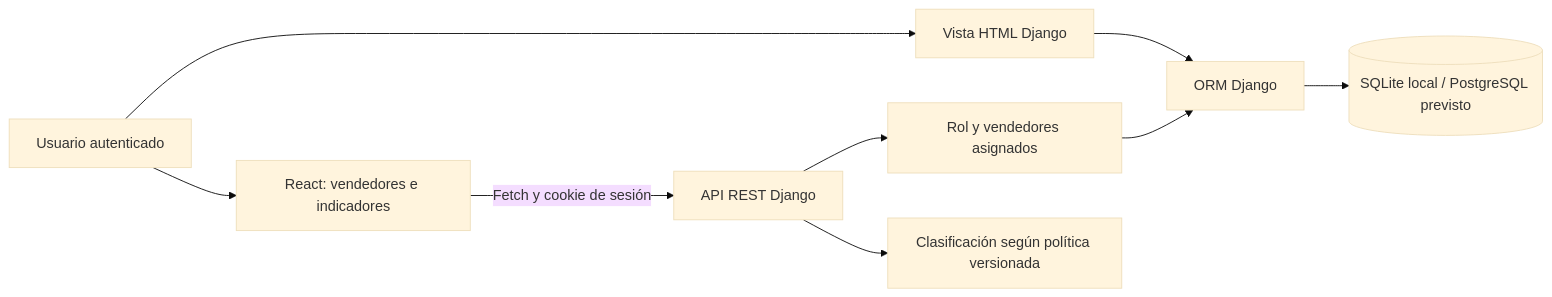
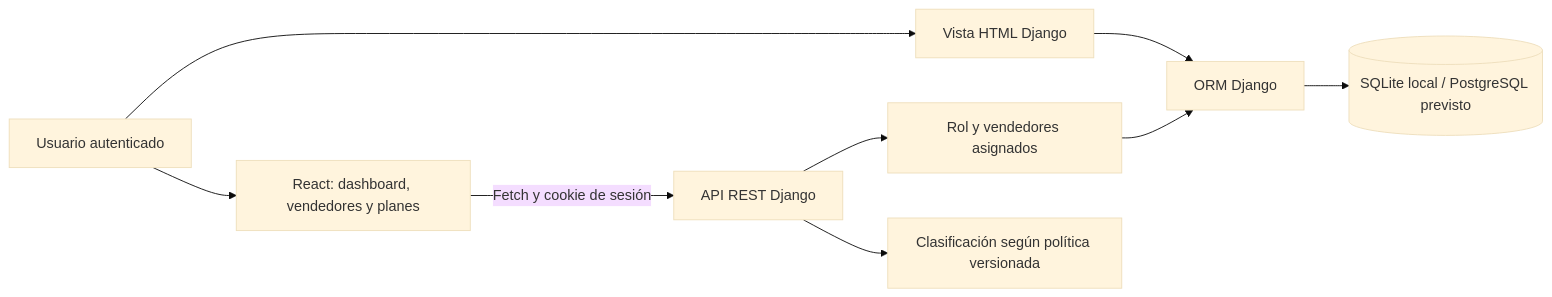
Before and after one commit to Pablorossl/Seller-Action-Plan-SAP-: the diagram in README.md, drawn with Mermaid (base theme). The commit also changed other lines of this file and 28 other files, not shown here.

Commit message:
feat: implementar Fase 2 con dashboard, gestión de vendedores y planes de mejora

````diff
--- a/README.md
+++ b/README.md
@@ -89,11 +89,11 @@
 ```mermaid
 flowchart LR
     U[Usuario autenticado] --> H[Vista HTML Django]
-    U --> R[React: vendedores e indicadores]
+    U --> R[React: dashboard, vendedores y planes]
     R -->|Fetch y cookie de sesión| API[API REST Django]
     H --> ORM[ORM Django]
     API --> P[Rol y vendedores asignados]
     P --> ORM
     ORM --> DB[(SQLite local / PostgreSQL previsto)]
     API --> C[Clasificación según política versionada]
 ```
````
